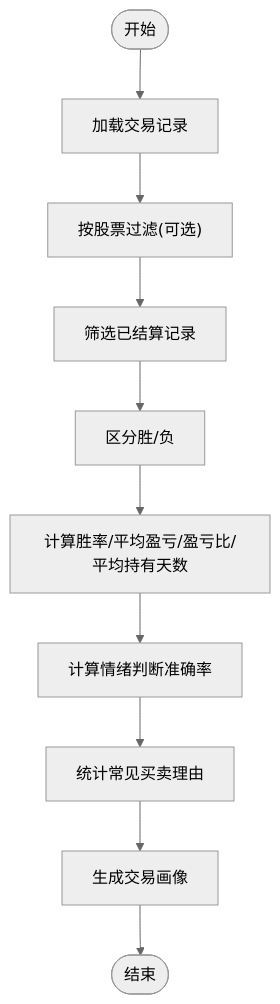
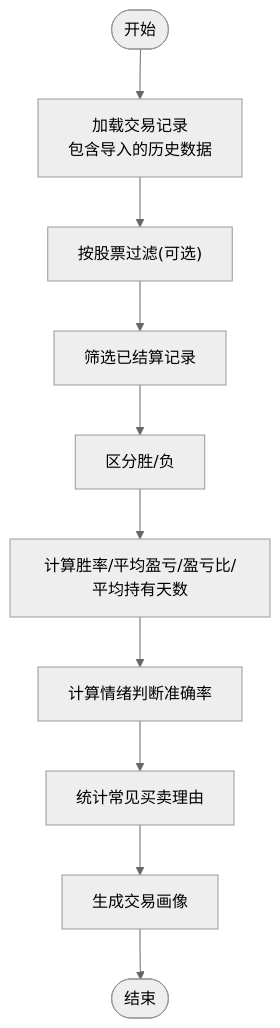
The seventh of 8 diagrams in .qoder/repowiki/zh/content/核心功能/交易记录管理.md (Moruime/stock_foker), drawn with Mermaid (neutral theme) before and after one commit. The commit also changed other lines of this file and 52 other files, not shown here.

````diff
--- a/.qoder/repowiki/zh/content/核心功能/交易记录管理.md
+++ b/.qoder/repowiki/zh/content/核心功能/交易记录管理.md
@@ -322,12 +332,12 @@
 ```mermaid
 flowchart TD
-Start(["开始"]) --> Load["加载交易记录"]
+Start(["开始"]) --> Load["加载交易记录<br/>包含导入的历史数据"]
 Load --> Filter["按股票过滤(可选)"]
 Filter --> Closed["筛选已结算记录"]
 Closed --> WinLoss["区分胜/负"]
 WinLoss --> Metrics["计算胜率/平均盈亏/盈亏比/平均持有天数"]
 Metrics --> Sentiment["计算情绪判断准确率"]
 Sentiment --> Reasons["统计常见买卖理由"]
 Reasons --> Profile["生成交易画像"]
 Profile --> End(["结束"])
 ```
````
